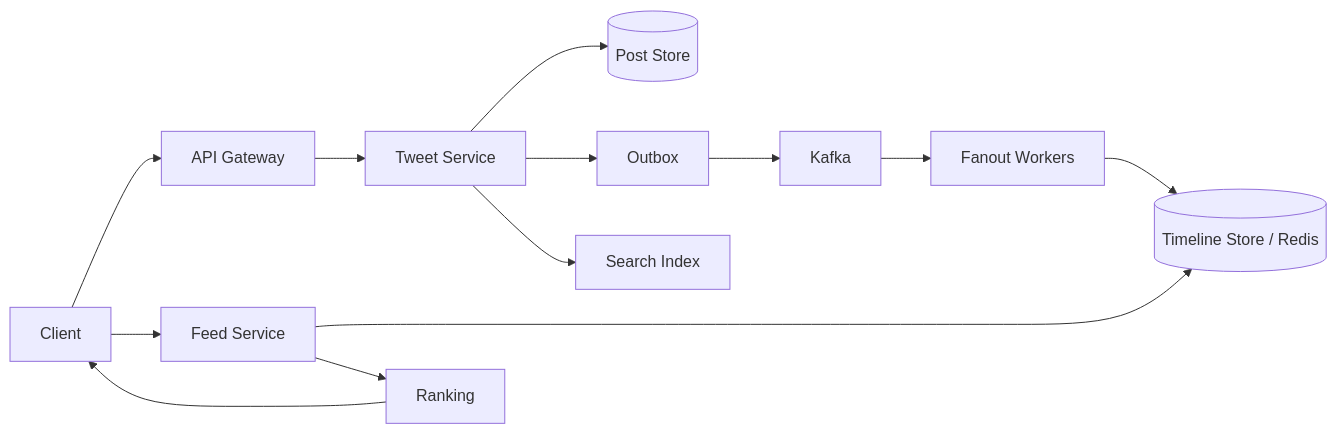
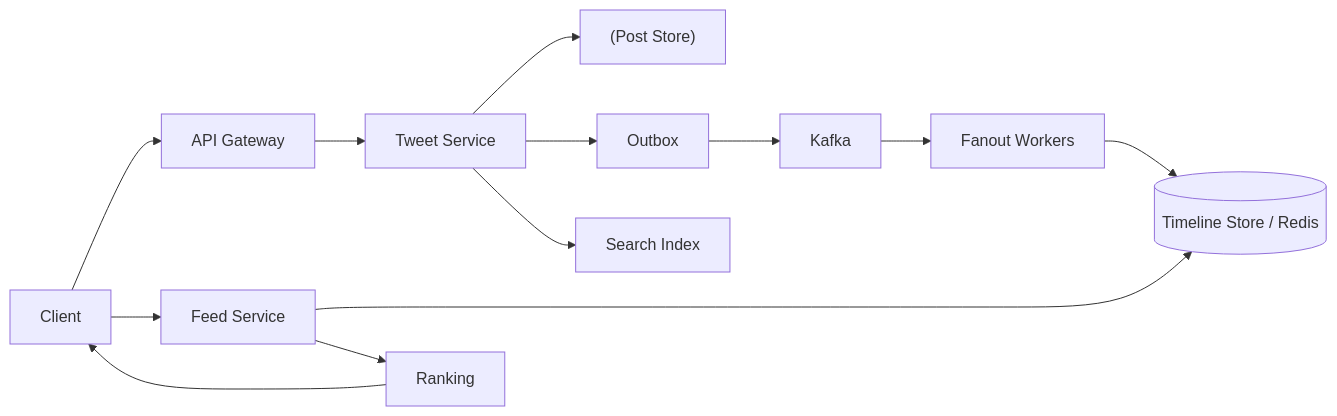
Before and after one commit to pankajThakur1874/studysheet: the first of 3 diagrams in files/System-Design-Questions/06_twitter_social_feed.md, drawn with Mermaid. The commit also changed other lines of this file and 102 other files, not shown here.

Commit message:
Auto-fix Mermaid diagram syntax across all study guides to prevent Syntax Error in Mermaid v10

````diff
--- a/files/System-Design-Questions/06_twitter_social_feed.md
+++ b/files/System-Design-Questions/06_twitter_social_feed.md
@@ -77,15 +77,15 @@
 ```mermaid
 flowchart LR
     C[Client] --> G[API Gateway]
     G --> T[Tweet Service]
-    T --> D[(Post Store)]
+    T --> D["(Post Store)"]
     T --> O[Outbox]
     O --> K[Kafka]
     K --> F[Fanout Workers]
-    F --> TL[(Timeline Store / Redis)]
+    F --> TL[("Timeline Store / Redis")]
     C --> FE[Feed Service]
     FE --> TL
     FE --> R[Ranking]
     R --> C
     T --> S[Search Index]
 ```
````
